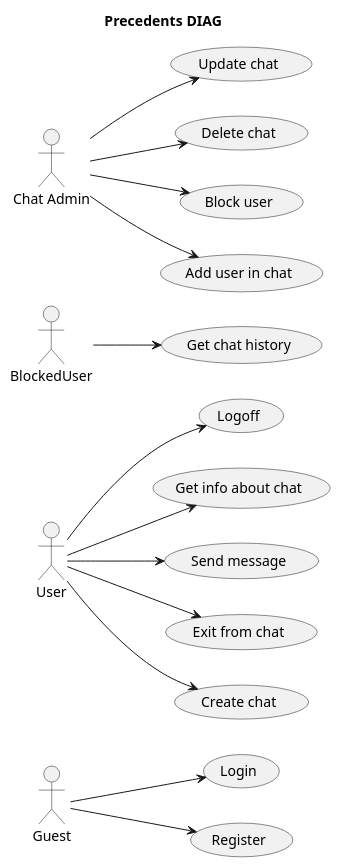
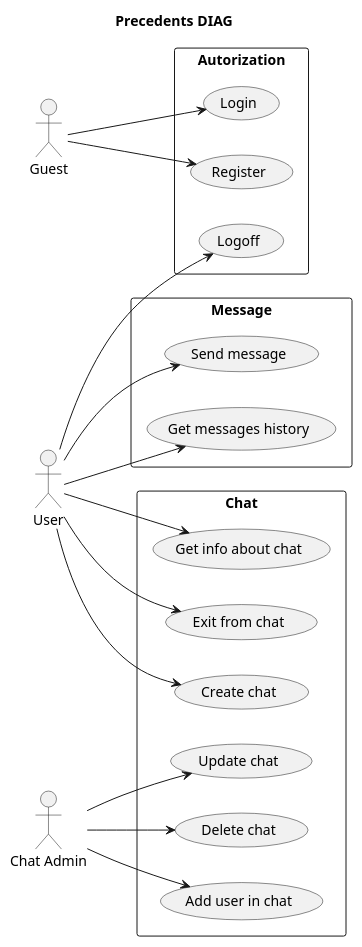
Before and after one commit to RewCrew/pet_project_simple_chat: the diagram in project_for_evraz/docs/user_actions.puml, drawn with PlantUML. The commit also changed 1 other file, not shown here.

```diff
--- a/project_for_evraz/docs/user_actions.puml
+++ b/project_for_evraz/docs/user_actions.puml
@@ -1,43 +1,48 @@
 @startuml
 title Precedents DIAG
 
 :Guest: as guest
 :User: as user
-:BlockedUser: as blocked_user
 :Chat Admin: as admin
 
 left to right direction
 
-(Login) as login
-(Register) as register
-(Logoff) as logoff
+rectangle "Autorization"{
+    usecase "Login" as login
+    usecase "Register" as register
+    usecase "Logoff" as logoff
+}
 
+rectangle "Message"{
+(Send message) as send_message
+(Get messages history) as history
+}
+
+
+rectangle "Chat"{
 (Get info about chat) as info
-(Send message) as send_message
 (Exit from chat) as exit
-(Get chat history) as history
 (Create chat) as cchat
 (Update chat) as uchat
 (Delete chat) as dchat
-(Block user) as buser
 (Add user in chat) as auser
+}
 
 guest-->login
 guest-->register
 
 
 user --> logoff
 user --> cchat
 user --> info
 user --> send_message
 user --> exit
+user --> history
 
 
 admin --> uchat
 admin --> dchat
-admin --> buser
 admin --> auser
 
-blocked_user-->history
 
 @enduml
```
